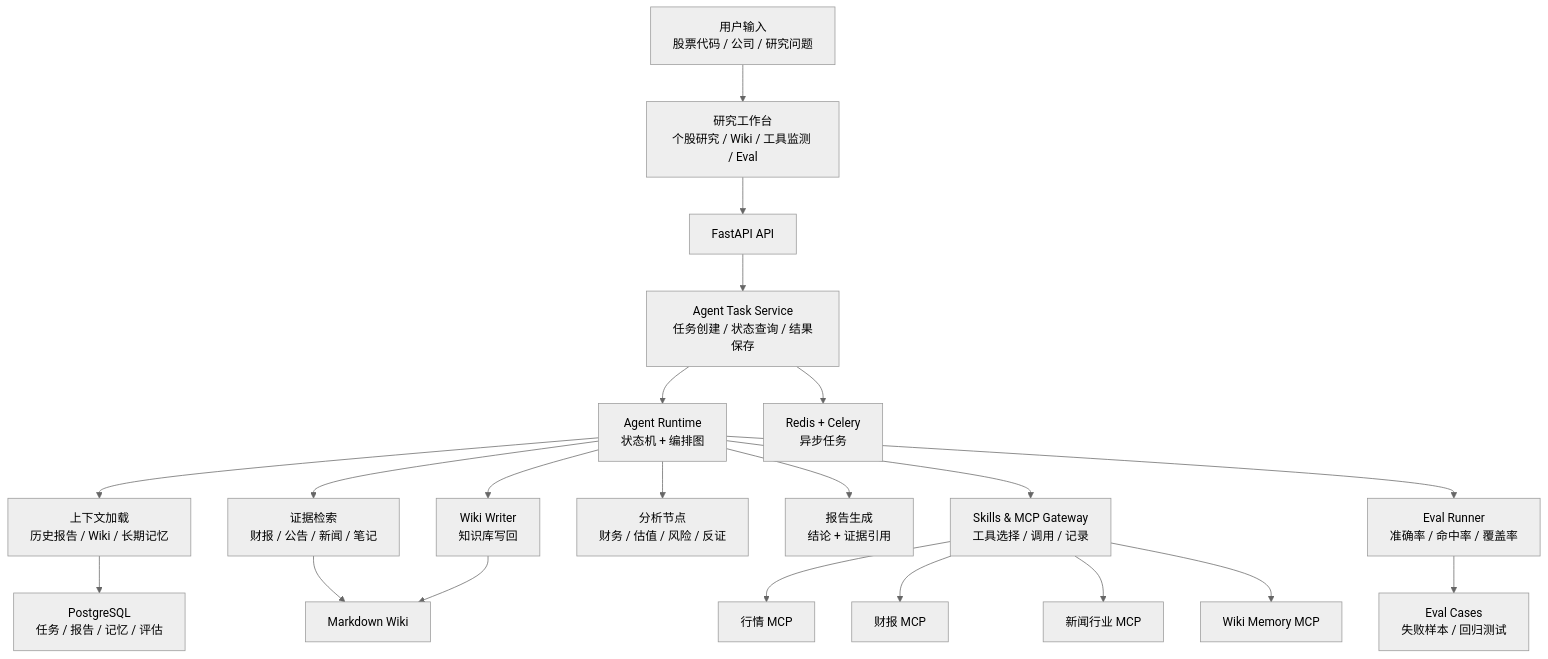
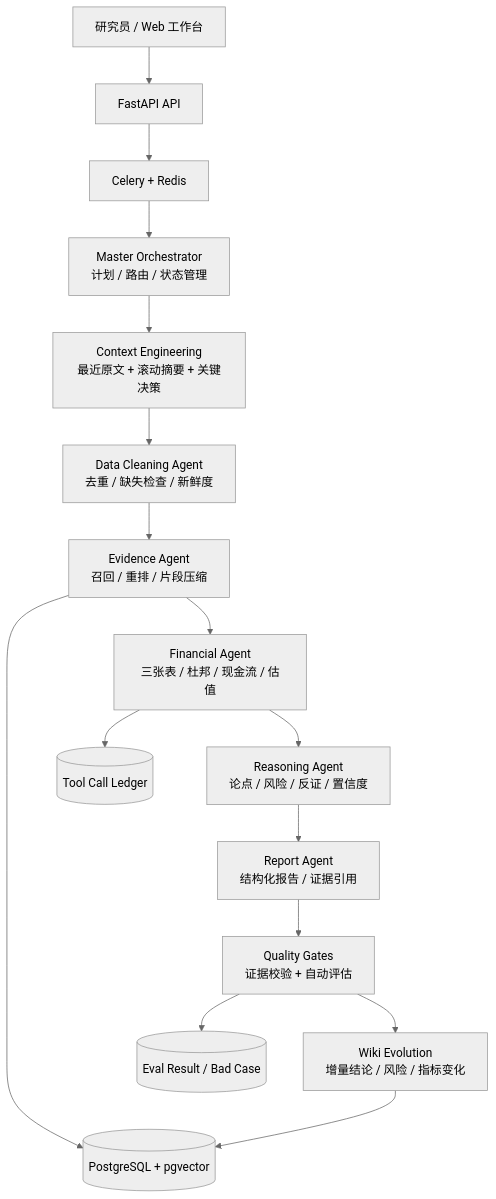
One commit to ljt-sss/A_stock_analysis_agent changed the first of 3 diagrams in README.md. Above: the diagram before and after it, drawn with Mermaid (neutral theme). The commit also changed other lines of this file and 11 other files, not shown here.

Commit message:
Implement supervisor agent architecture and context pipeline

````diff
--- a/README.md
+++ b/README.md
@@ -31,26 +24,20 @@
 ```mermaid
 flowchart TB
-    U["用户输入<br/>股票代码 / 公司 / 研究问题"] --> FE["研究工作台<br/>个股研究 / Wiki / 工具监测 / Eval"]
-    FE --> API["FastAPI API"]
-    API --> Task["Agent Task Service<br/>任务创建 / 状态查询 / 结果保存"]
-    Task --> Runtime["Agent Runtime<br/>状态机 + 编排图"]
+    User["研究员 / Web 工作台"] --> API["FastAPI API"]
+    API --> Queue["Celery + Redis"]
+    Queue --> Supervisor["Master Orchestrator<br/>计划 / 路由 / 状态管理"]
 
-    Runtime --> Context["上下文加载<br/>历史报告 / Wiki / 长期记忆"]
-    Runtime --> Retrieve["证据检索<br/>财报 / 公告 / 新闻 / 笔记"]
-    Runtime --> Tools["Skills & MCP Gateway<br/>工具选择 / 调用 / 记录"]
-    Runtime --> Reason["分析节点<br/>财务 / 估值 / 风险 / 反证"]
-    Runtime --> Report["报告生成<br/>结论 + 证据引用"]
-    Runtime --> Eval["Eval Runner<br/>准确率 / 命中率 / 覆盖率"]
-    Runtime --> WikiWrite["Wiki Writer<br/>知识库写回"]
+    Supervisor --> Context["Context Engineering<br/>最近原文 + 滚动摘要 + 关键决策"]
+    Context --> Data["Data Cleaning Agent<br/>去重 / 缺失检查 / 新鲜度"]
+    Data --> RAG["Evidence Agent<br/>召回 / 重排 / 片段压缩"]
+    RAG --> Finance["Financial Agent<br/>三张表 / 杜邦 / 现金流 / 估值"]
+    Finance --> Reason["Reasoning Agent<br/>论点 / 风险 / 反证 / 置信度"]
+    Reason --> Writer["Report Agent<br/>结构化报告 / 证据引用"]
+    Writer --> Guard["Quality Gates<br/>证据校验 + 自动评估"]
+    Guard --> Wiki["Wiki Evolution<br/>增量结论 / 风险 / 指标变化"]
 
-    Tools --> Market["行情 MCP"]
-    Tools --> Financial["财报 MCP"]
-    Tools --> News["新闻行业 MCP"]
-    Tools --> WikiMCP["Wiki Memory MCP"]
-
-    Context --> DB["PostgreSQL<br/>任务 / 报告 / 记忆 / 评估"]
-    Retrieve --> Wiki["Markdown Wiki"]
-    WikiWrite --> Wiki
-    Eval --> Cases["Eval Cases<br/>失败样本 / 回归测试"]
-    Task --> Queue["Redis + Celery<br/>异步任务"]
+    RAG --> PG[("PostgreSQL + pgvector")]
+    Finance --> Ledger[("Tool Call Ledger")]
+    Guard --> Eval[("Eval Result / Bad Case")]
+    Wiki --> PG
 ```
````
